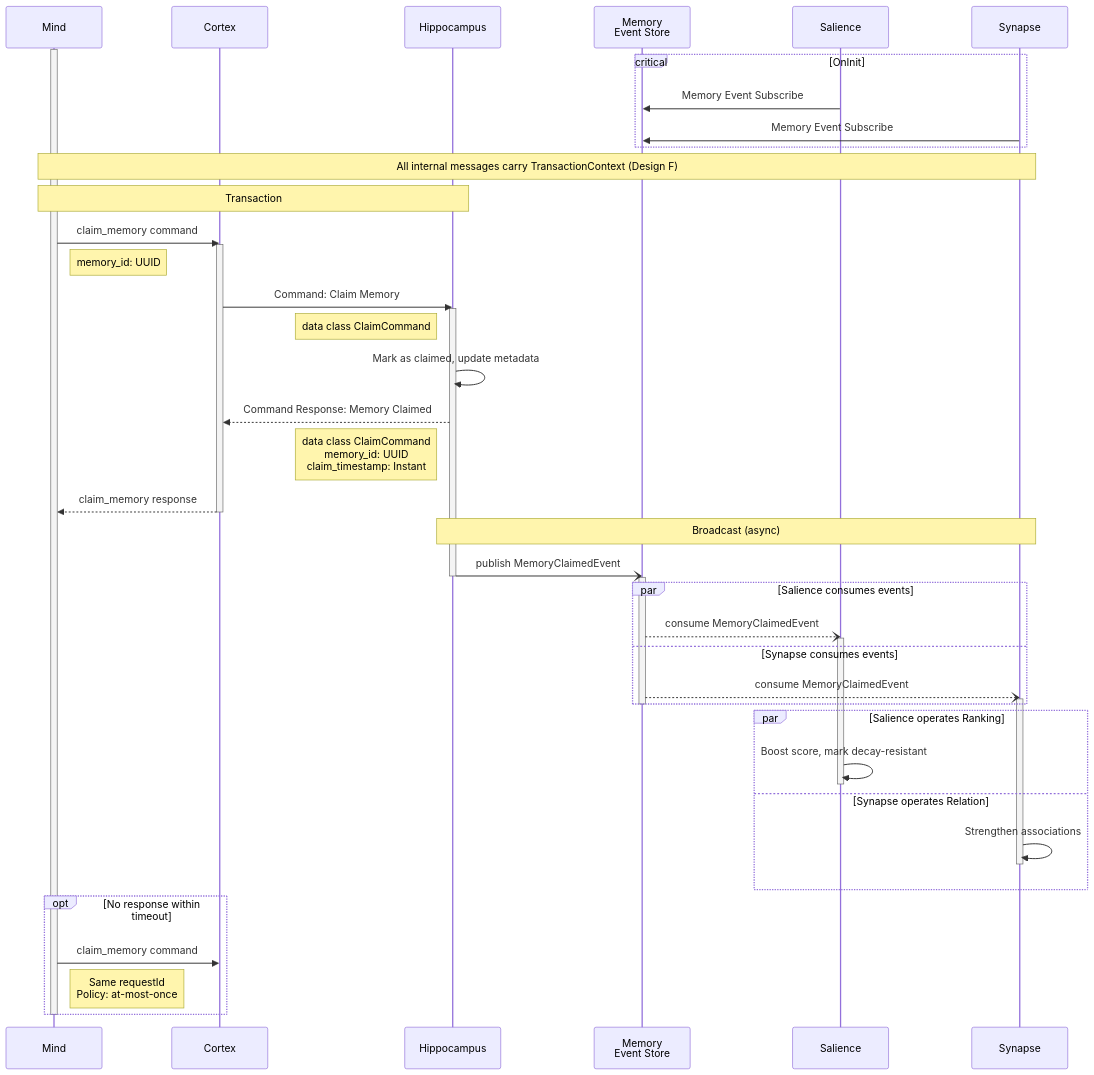
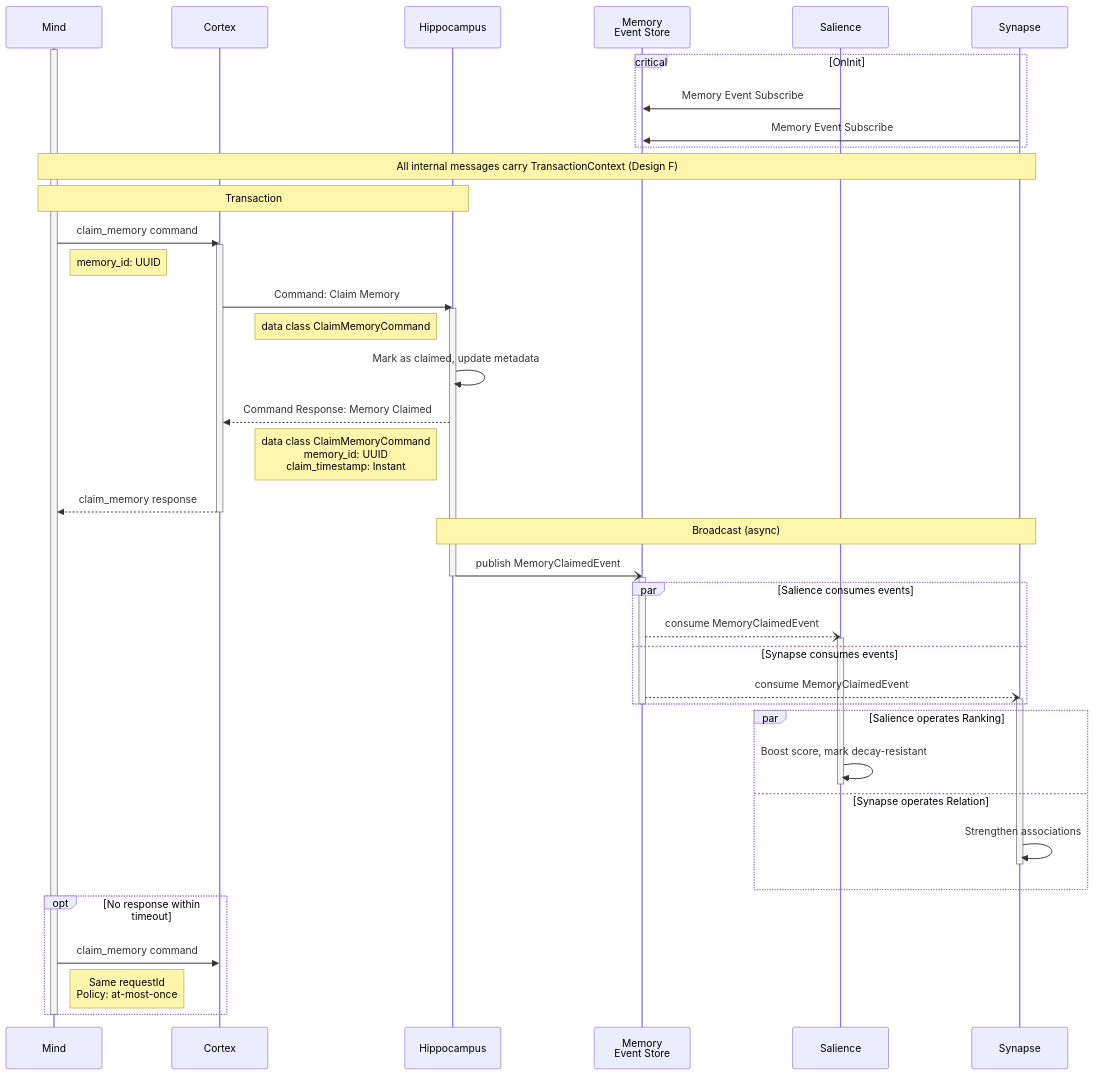
One commit to Mimis-Gildi/mcp-total-recall changed the diagram in site/_includes/diagrams/msg-0003-claim-memory.mmd. Above: the diagram before and after it, drawn with Mermaid. The commit also changed 109 other files, not shown here.

```diff
--- a/site/_includes/diagrams/msg-0003-claim-memory.mmd
+++ b/site/_includes/diagrams/msg-0003-claim-memory.mmd
@@ -1,62 +1,62 @@
 sequenceDiagram
     participant M as Mind
     participant CX as Cortex
     participant HP as Hippocampus
     participant ES as Memory<br/> Event Store
     participant SL as Salience
     participant SY as Synapse
 
     activate M
 
     critical OnInit
         SL ->> ES: Memory Event Subscribe
         SY ->> ES: Memory Event Subscribe
     end
 
     Note over M,SY: All internal messages carry TransactionContext (Design F)
 
     Note over M,HP: Transaction
     M->>CX: claim_memory command
     activate CX
     Note right of M: memory_id: UUID
 
     CX->>HP: Command: Claim Memory
     activate HP
-    Note left of HP: data class ClaimCommand
+    Note left of HP: data class ClaimMemoryCommand
 
     HP->>HP: Mark as claimed, update metadata
     HP-->>CX: Command Response: Memory Claimed
-    Note left of HP: data class ClaimCommand<br/>memory_id: UUID<br/>claim_timestamp: Instant
+    Note left of HP: data class ClaimMemoryCommand<br/>memory_id: UUID<br/>claim_timestamp: Instant
     CX-->>M: claim_memory response
 
     deactivate CX
 
     Note over HP,SY: Broadcast (async)
     HP-)ES: publish MemoryClaimedEvent
     deactivate HP
     activate ES
 
     par Salience consumes events
         ES--)SL: consume MemoryClaimedEvent
         activate SL
     and Synapse consumes events
         ES--)SY: consume MemoryClaimedEvent
         activate SY
     end
 
     deactivate ES
 
     par Salience operates Ranking
         SL->>SL: Boost score, mark decay-resistant
         deactivate SL
     and Synapse operates Relation
         SY->>SY: Strengthen associations
         deactivate SY
     end
 
     opt No response within timeout
         M->>CX: claim_memory command
         Note right of M: Same requestId<br/>Policy: at-most-once
     end
 
     deactivate M
```
